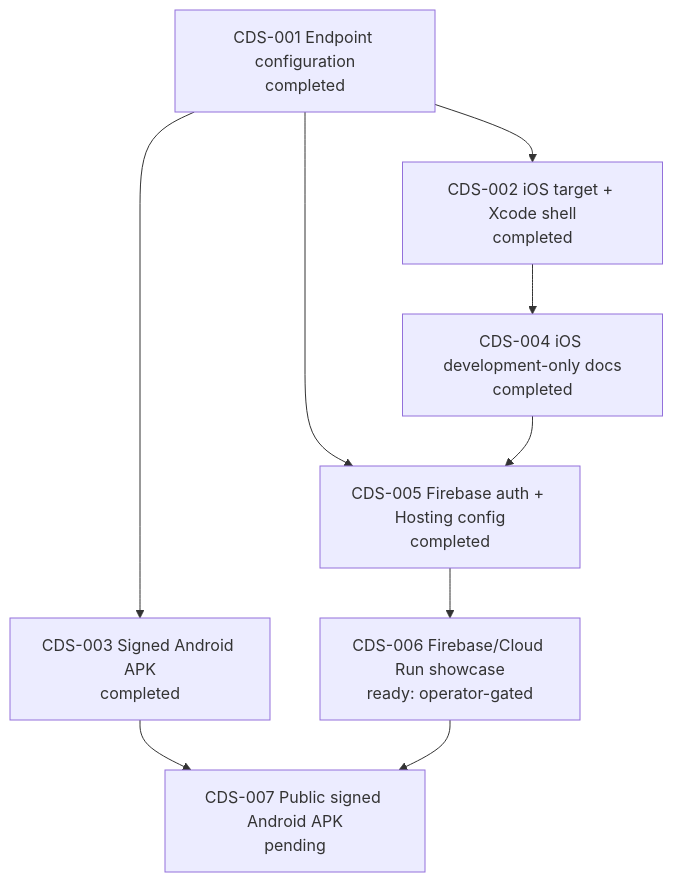
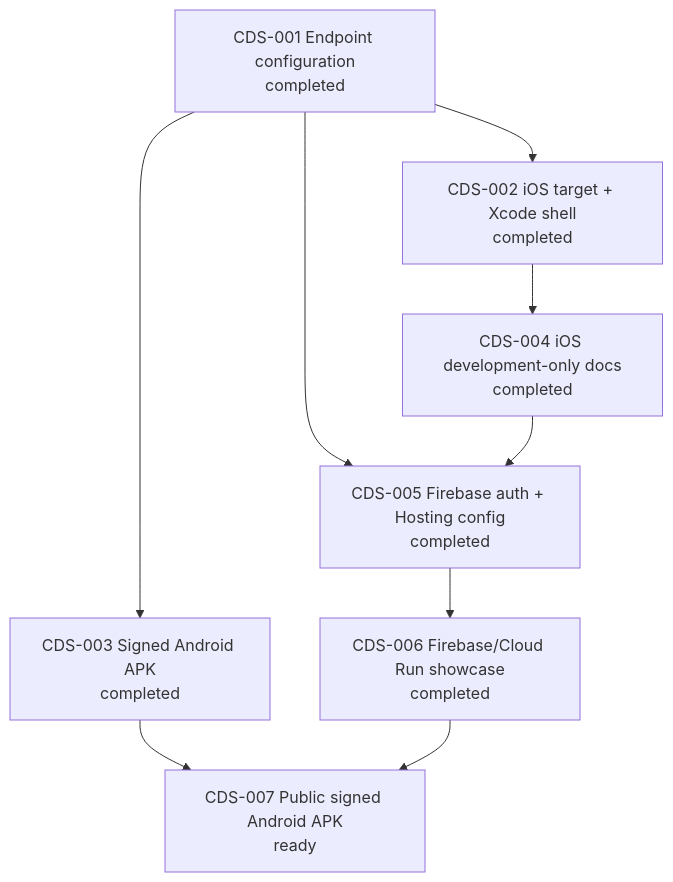
The eighth of 8 diagrams in agent-workflow/WORK_GRAPH.md (allenljf/algorithm-learning), drawn with Mermaid before and after one commit. The commit also changed other lines of this file and 9 other files, not shown here.

Commit message:
Deploy public Firebase showcase

````diff
--- a/agent-workflow/WORK_GRAPH.md
+++ b/agent-workflow/WORK_GRAPH.md
@@ -181,19 +181,19 @@
 ```mermaid
 flowchart TD
   D1[CDS-001 Endpoint configuration\ncompleted]
   D2[CDS-002 iOS target + Xcode shell\ncompleted]
   D3[CDS-003 Signed Android APK\ncompleted]
   D4[CDS-004 iOS development-only docs\ncompleted]
   D5[CDS-005 Firebase auth + Hosting config\ncompleted]
-  D6[CDS-006 Firebase/Cloud Run showcase\nready: operator-gated]
-  D7[CDS-007 Public signed Android APK\npending]
+  D6[CDS-006 Firebase/Cloud Run showcase\ncompleted]
+  D7[CDS-007 Public signed Android APK\nready]
 
   D1 --> D2
   D1 --> D3
   D2 --> D4
   D1 --> D5
   D4 --> D5
   D5 --> D6
   D3 --> D7
   D6 --> D7
 ```
````
